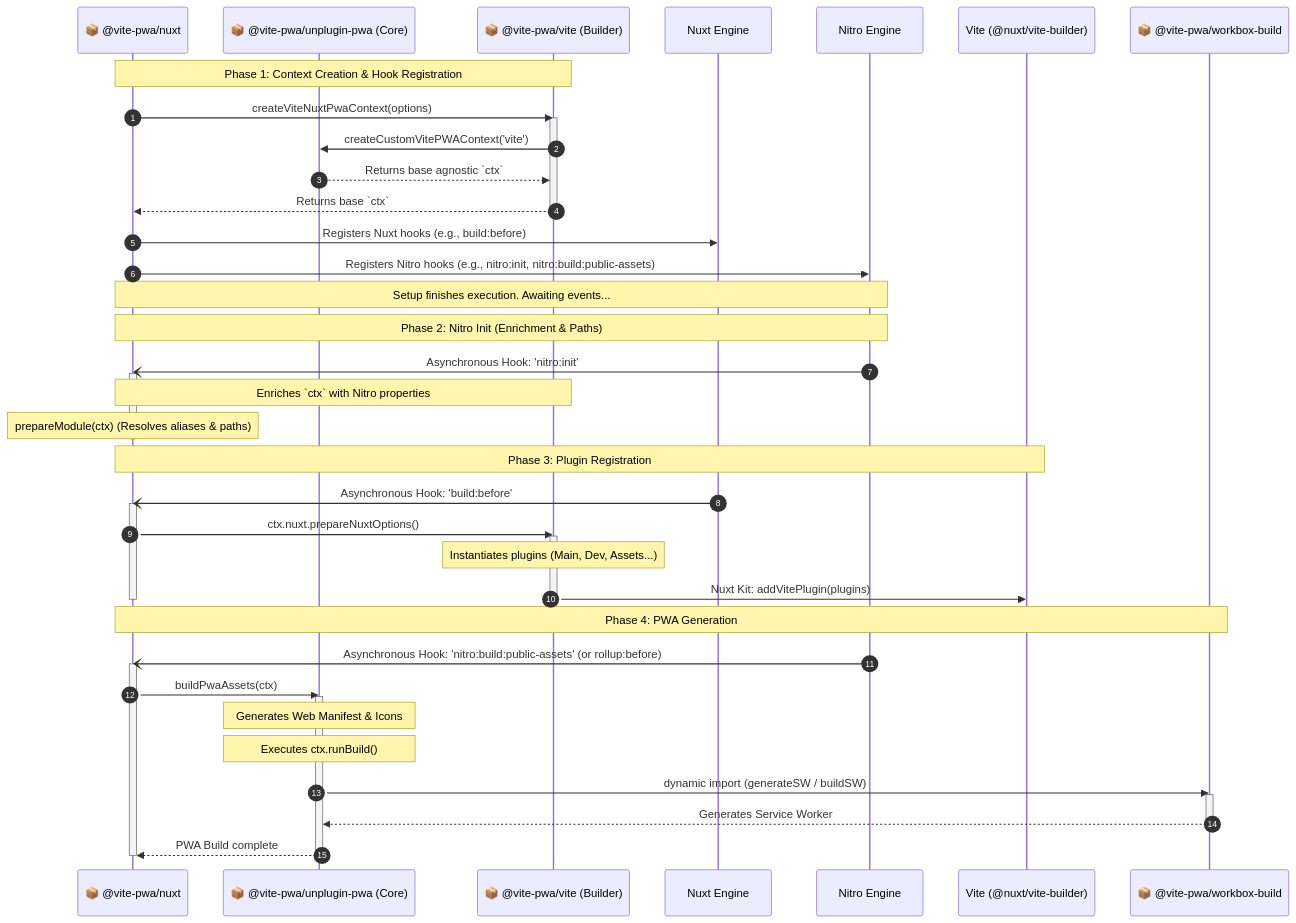
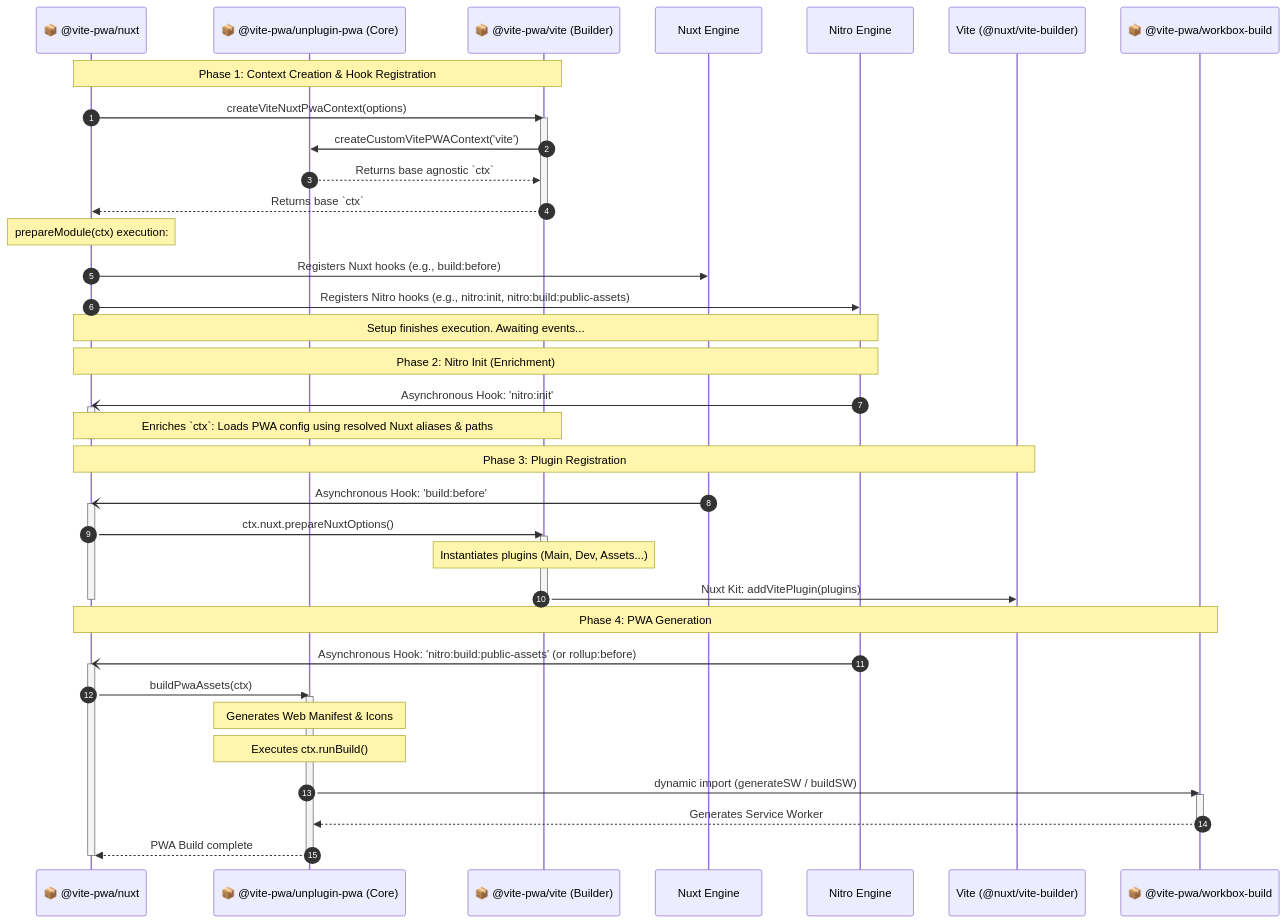
Before and after one commit to vite-pwa/unplugin-pwa: the third of 3 diagrams in ARCHITECTURE.md, drawn with Mermaid.

Commit message:
docs: update ARCH

````diff
--- a/ARCHITECTURE.md
+++ b/ARCHITECTURE.md
@@ -98,55 +98,55 @@
 ```mermaid
 sequenceDiagram
     autonumber
     participant Setup as 📦 @vite-pwa/nuxt
     participant Core as 📦 @vite-pwa/unplugin-pwa (Core)
     participant Builder as 📦 @vite-pwa/vite (Builder)
     participant Nuxt as Nuxt Engine
     participant Nitro as Nitro Engine
     participant Vite as Vite (@nuxt/vite-builder)
     participant WB as 📦 @vite-pwa/workbox-build
 
     Note over Setup, Builder: Phase 1: Context Creation & Hook Registration
     Setup->>Builder: createViteNuxtPwaContext(options)
     activate Builder
     Builder->>Core: createCustomVitePWAContext('vite')
     Core-->>Builder: Returns base agnostic `ctx`
     Builder-->>Setup: Returns base `ctx`
     deactivate Builder
-    
+
+    Note over Setup: prepareModule(ctx) execution:
     Setup->>Nuxt: Registers Nuxt hooks (e.g., build:before)
     Setup->>Nitro: Registers Nitro hooks (e.g., nitro:init, nitro:build:public-assets)
     Note over Setup, Nitro: Setup finishes execution. Awaiting events...
 
-    Note over Setup, Nitro: Phase 2: Nitro Init (Enrichment & Paths)
+    Note over Setup, Nitro: Phase 2: Nitro Init (Enrichment)
     Nitro-)Setup: Asynchronous Hook: 'nitro:init'
     activate Setup
-    Note over Setup, Builder: Enriches `ctx` with Nitro properties
-    Note over Setup: prepareModule(ctx) (Resolves aliases & paths)
+    Note over Setup, Builder: Enriches `ctx`: Loads PWA config using resolved Nuxt aliases & paths
     deactivate Setup
 
     Note over Setup, Vite: Phase 3: Plugin Registration
     Nuxt-)Setup: Asynchronous Hook: 'build:before'
     activate Setup
     Setup->>Builder: ctx.nuxt.prepareNuxtOptions()
     activate Builder
     Note over Builder: Instantiates plugins (Main, Dev, Assets...)
     Builder->>Vite: Nuxt Kit: addVitePlugin(plugins)
     deactivate Builder
     deactivate Setup
 
     Note over Setup, WB: Phase 4: PWA Generation
     Nitro-)Setup: Asynchronous Hook: 'nitro:build:public-assets' (or rollup:before)
     activate Setup
     Setup->>Core: buildPwaAssets(ctx)
     activate Core
     Note over Core: Generates Web Manifest & Icons
     Note over Core: Executes ctx.runBuild()
     Core->>WB: dynamic import (generateSW / buildSW)
     activate WB
     WB-->>Core: Generates Service Worker
     deactivate WB
     Core-->>Setup: PWA Build complete
     deactivate Core
     deactivate Setup
 ```
````
